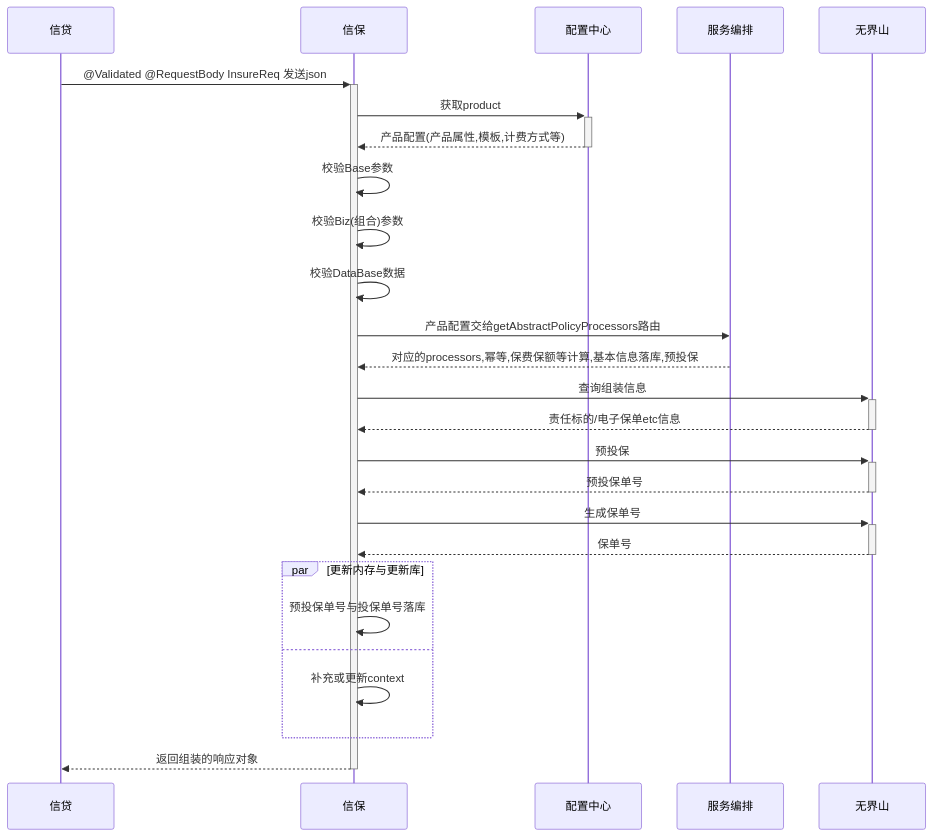
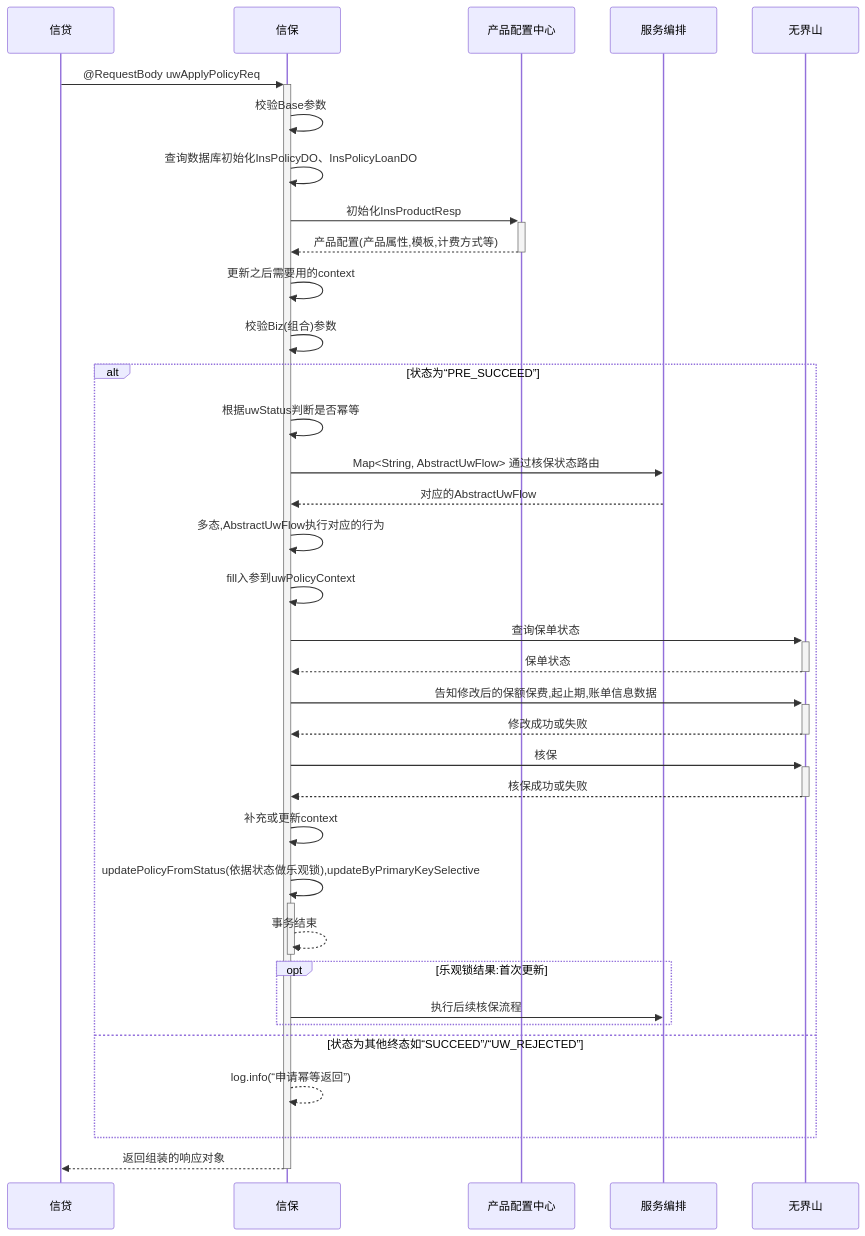
Before and after one commit to istarwyh/MyRoad: the second of 2 diagrams in docs/Vnote/store/TODO/用代码画各种图.md, drawn with Mermaid. The commit also changed other lines of this file and 24 other files, not shown here.

````diff
--- a/docs/Vnote/store/TODO/用代码画各种图.md
+++ b/docs/Vnote/store/TODO/用代码画各种图.md
@@ -36,32 +36,42 @@
 ```mermaid
 sequenceDiagram
 participant 信贷
 participant 信保
-participant 配置中心
+participant 产品配置中心
 participant 服务编排
 participant 无界山
 
-信贷 ->> +信保 : @Validated @RequestBody InsureReq 发送json
+信贷 ->> +信保 :  @RequestBody uwApplyPolicyReq
+信保 ->> 信保 : 校验Base参数
+信保 ->> 信保 : 查询数据库初始化InsPolicyDO、InsPolicyLoanDO
 
-信保 ->> + 配置中心 : 获取product
-配置中心 -->> -信保 : 产品配置(产品属性,模板,计费方式等)
-信保 ->> 信保 : 校验Base参数
+信保 ->> + 产品配置中心 : 初始化InsProductResp
+产品配置中心 -->> -信保 : 产品配置(产品属性,模板,计费方式等)
+信保 ->> 信保 : 更新之后需要用的context
 信保 ->> 信保 : 校验Biz(组合)参数
-信保 ->> 信保 : 校验DataBase数据
-信保 ->> 服务编排 : 产品配置交给getAbstractPolicyProcessors路由
-服务编排 -->> 信保 : 对应的processors,幂等,保费保额等计算,基本信息落库,预投保
-信保 ->> + 无界山 : 查询组装信息
-无界山 -->> - 信保 : 责任标的/电子保单etc信息
+alt 状态为“PRE_SUCCEED”
+信保 ->> 信保: 根据uwStatus判断是否幂等
+信保 ->> 服务编排 : Map<String, AbstractUwFlow> 通过核保状态路由
+服务编排 -->> 信保 : 对应的AbstractUwFlow
+信保 ->> 信保 : 多态,AbstractUwFlow执行对应的行为
+信保 ->> 信保 : fill入参到uwPolicyContext
+信保 ->> + 无界山 : 查询保单状态
+无界山 -->> - 信保 : 保单状态
 
-信保 ->> + 无界山 : 预投保
-无界山 -->> - 信保 : 预投保单号
-信保 ->> + 无界山 : 生成保单号
-无界山 -->> - 信保 : 保单号
-par 更新内存与更新库
-信保 ->> 信保 : 预投保单号与投保单号落库
-and
+信保 ->> + 无界山 : 告知修改后的保额保费,起止期,账单信息数据
+无界山 -->> - 信保 : 修改成功或失败
+信保 ->> + 无界山 : 核保
+无界山 -->> - 信保 : 核保成功或失败
 信保 ->> 信保 : 补充或更新context
+信保 ->> +信保 : updatePolicyFromStatus(依据状态做乐观锁),updateByPrimaryKeySelective
+信保 -->> -信保: 事务结束
+opt 乐观锁结果:首次更新
+信保 ->> 服务编排: 执行后续核保流程
 end
+else 状态为其他终态如“SUCCEED”/“UW_REJECTED”
+信保 -->> 信保: log.info(“申请幂等返回”)
+end
+
 
 信保 -->> -信贷 : 返回组装的响应对象
 ```
````
